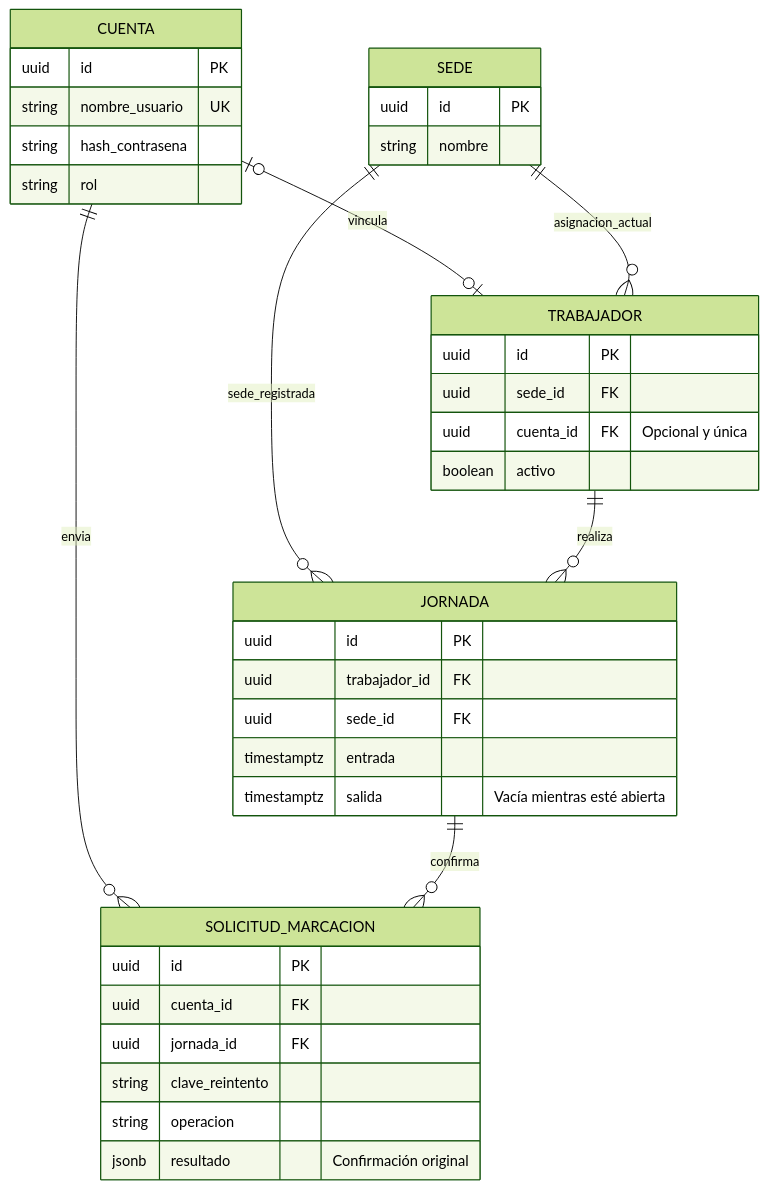
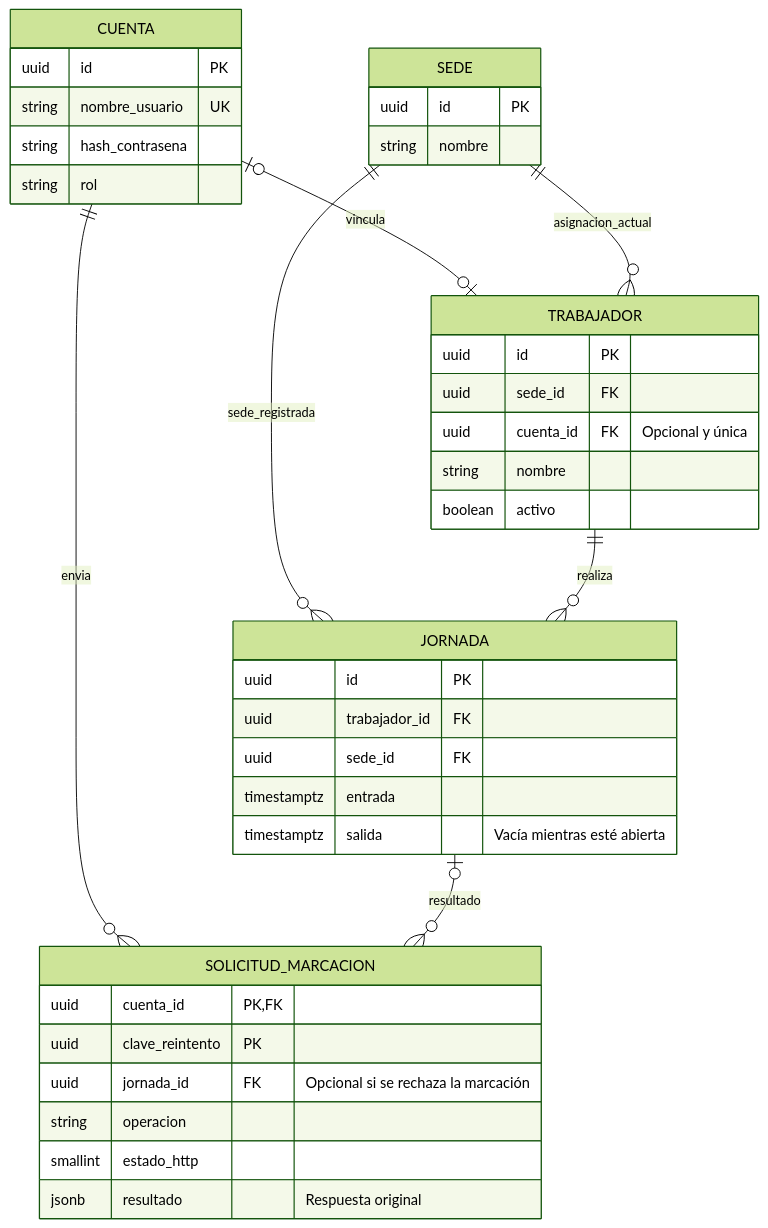
One commit to steveespinoza/SISTEMA_ASISTENCIA changed the second of 3 diagrams in docs/arquitectura.md. Above: the diagram before and after it, drawn with Mermaid (forest theme). The commit also changed other lines of this file and 27 other files, not shown here.

````diff
--- a/docs/arquitectura.md
+++ b/docs/arquitectura.md
@@ -30,45 +30,46 @@
 ```mermaid
 erDiagram
     CUENTA o|--o| TRABAJADOR : vincula
     SEDE ||--o{ TRABAJADOR : asignacion_actual
     SEDE ||--o{ JORNADA : sede_registrada
     TRABAJADOR ||--o{ JORNADA : realiza
     CUENTA ||--o{ SOLICITUD_MARCACION : envia
-    JORNADA ||--o{ SOLICITUD_MARCACION : confirma
+    JORNADA o|--o{ SOLICITUD_MARCACION : resultado
 
     CUENTA {
         uuid id PK
         string nombre_usuario UK
         string hash_contrasena
         string rol
     }
 
     TRABAJADOR {
         uuid id PK
         uuid sede_id FK
         uuid cuenta_id FK "Opcional y única"
+        string nombre
         boolean activo
     }
 
     SEDE {
         uuid id PK
         string nombre
     }
 
     JORNADA {
         uuid id PK
         uuid trabajador_id FK
         uuid sede_id FK
         timestamptz entrada
         timestamptz salida "Vacía mientras esté abierta"
     }
 
     SOLICITUD_MARCACION {
-        uuid id PK
-        uuid cuenta_id FK
-        uuid jornada_id FK
-        string clave_reintento
+        uuid cuenta_id PK, FK
+        uuid clave_reintento PK
+        uuid jornada_id FK "Opcional si se rechaza la marcación"
         string operacion
-        jsonb resultado "Confirmación original"
+        smallint estado_http
+        jsonb resultado "Respuesta original"
     }
 ```
````
